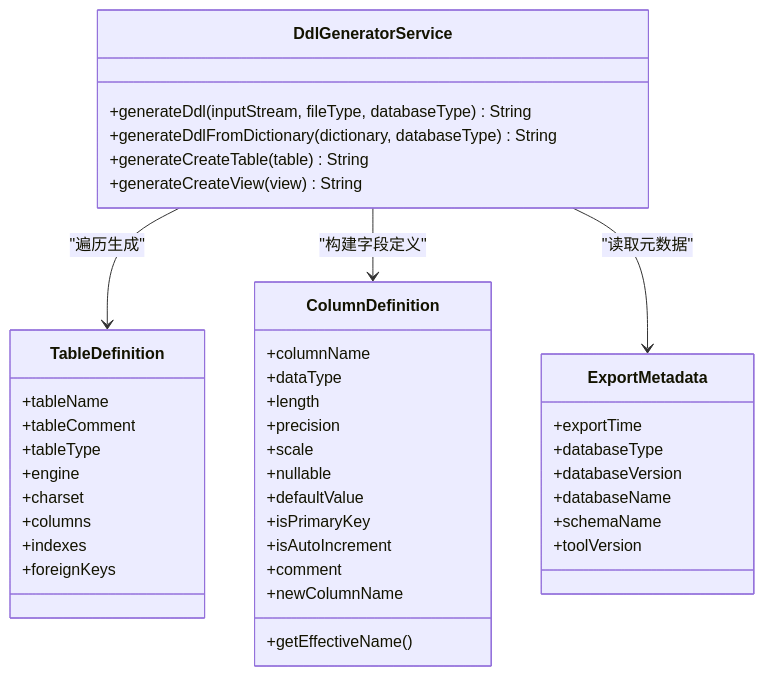
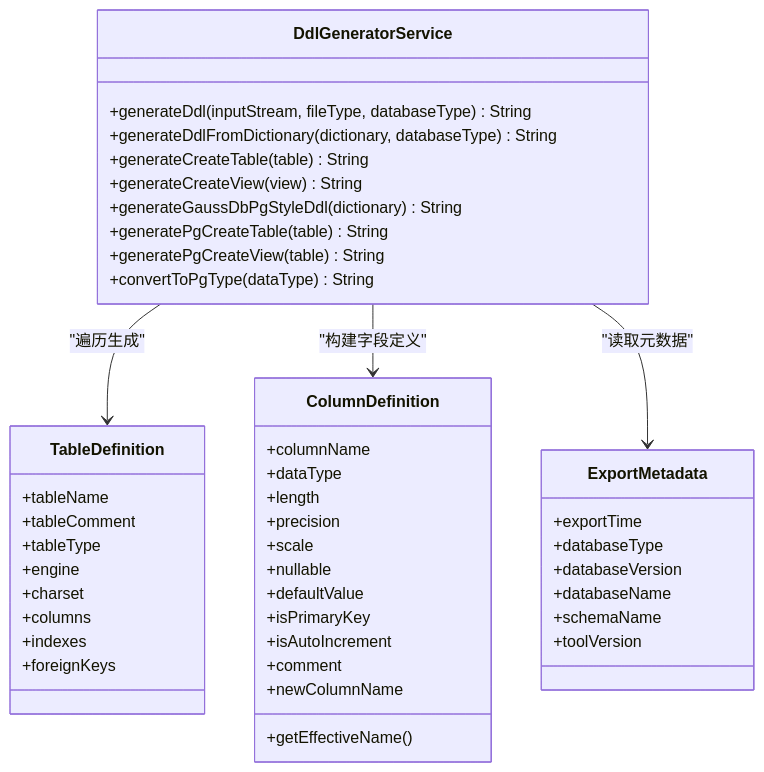
Before and after one commit to SamLing-Why/SchemaSync: the fourth of 6 diagrams in .qoder/repowiki/zh/content/前端架构/页面组件详解/GenerateView DDL生成页面.md, drawn with Mermaid. The commit also changed other lines of this file and 32 other files, not shown here.

````diff
--- a/.qoder/repowiki/zh/content/前端架构/页面组件详解/GenerateView DDL生成页面.md
+++ b/.qoder/repowiki/zh/content/前端架构/页面组件详解/GenerateView DDL生成页面.md
@@ -224,44 +256,48 @@
 ```mermaid
 classDiagram
 class DdlGeneratorService {
 +generateDdl(inputStream, fileType, databaseType) String
 +generateDdlFromDictionary(dictionary, databaseType) String
 +generateCreateTable(table) String
 +generateCreateView(view) String
++generateGaussDbPgStyleDdl(dictionary) String
++generatePgCreateTable(table) String
++generatePgCreateView(table) String
++convertToPgType(dataType) String
 }
 class TableDefinition {
 +tableName
 +tableComment
 +tableType
 +engine
 +charset
 +columns
 +indexes
 +foreignKeys
 }
 class ColumnDefinition {
 +columnName
 +dataType
 +length
 +precision
 +scale
 +nullable
 +defaultValue
 +isPrimaryKey
 +isAutoIncrement
 +comment
 +newColumnName
 +getEffectiveName()
 }
 class ExportMetadata {
 +exportTime
 +databaseType
 +databaseVersion
 +databaseName
 +schemaName
 +toolVersion
 }
 DdlGeneratorService --> TableDefinition : "遍历生成"
 DdlGeneratorService --> ColumnDefinition : "构建字段定义"
 DdlGeneratorService --> ExportMetadata : "读取元数据"
 ```
````
